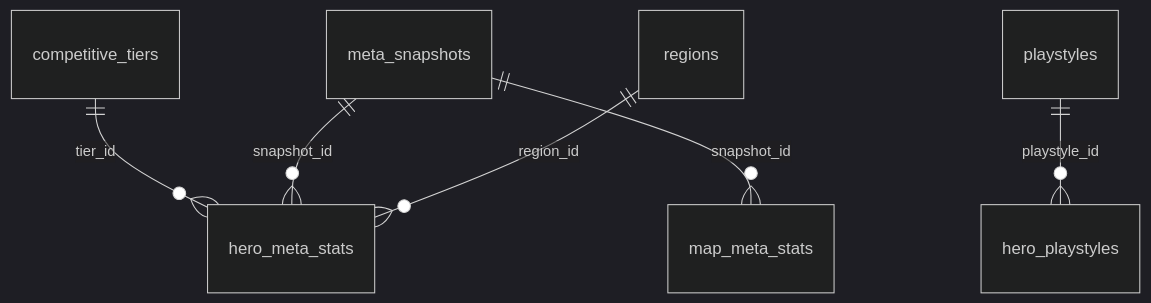
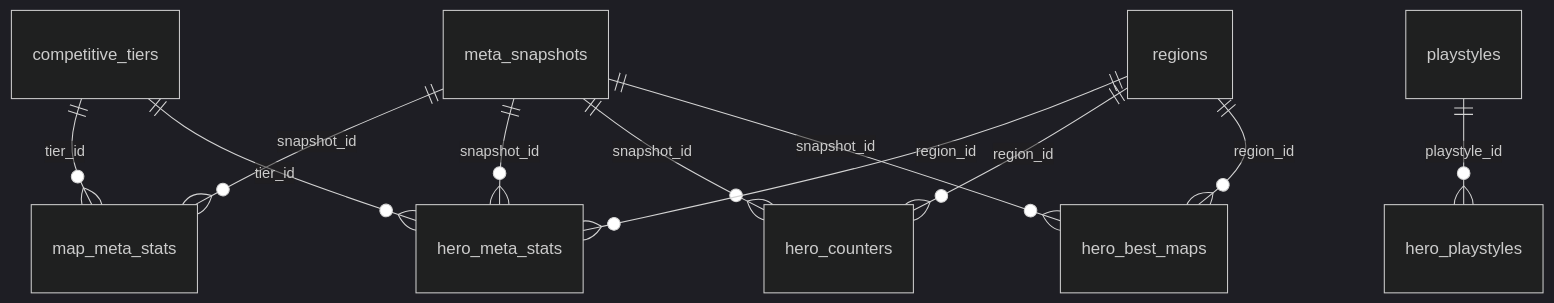
Before and after one commit to mmikol/overwatch-db: the third of 4 diagrams in docs/erd.md, drawn with Mermaid (dark theme). The commit also changed other lines of this file and 21 other files, not shown here.

````diff
--- a/docs/erd.md
+++ b/docs/erd.md
@@ -52,8 +52,13 @@
 ```mermaid
 erDiagram
     competitive_tiers ||--o{ hero_meta_stats : "tier_id"
+    competitive_tiers ||--o{ map_meta_stats : "tier_id"
+    meta_snapshots ||--o{ hero_best_maps : "snapshot_id"
+    meta_snapshots ||--o{ hero_counters : "snapshot_id"
     meta_snapshots ||--o{ hero_meta_stats : "snapshot_id"
+    meta_snapshots ||--o{ map_meta_stats : "snapshot_id"
+    playstyles ||--o{ hero_playstyles : "playstyle_id"
+    regions ||--o{ hero_best_maps : "region_id"
+    regions ||--o{ hero_counters : "region_id"
     regions ||--o{ hero_meta_stats : "region_id"
-    playstyles ||--o{ hero_playstyles : "playstyle_id"
-    meta_snapshots ||--o{ map_meta_stats : "snapshot_id"
 ```
````
